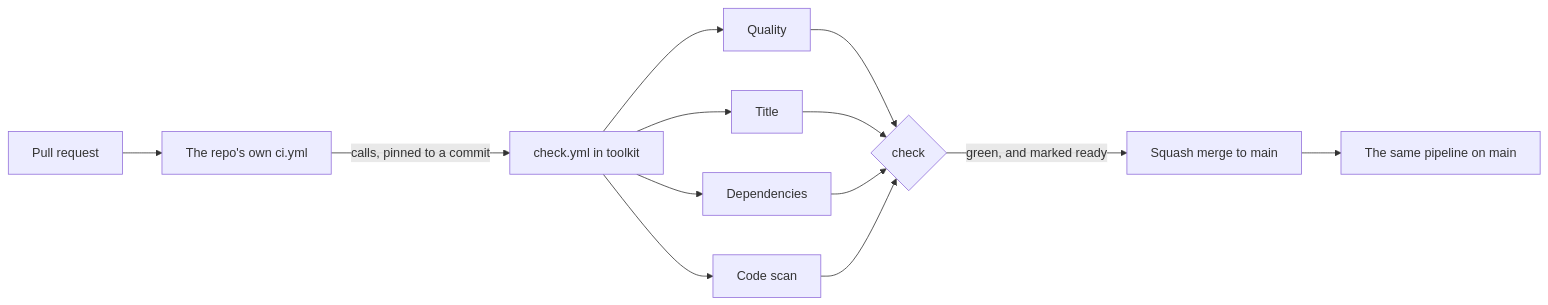
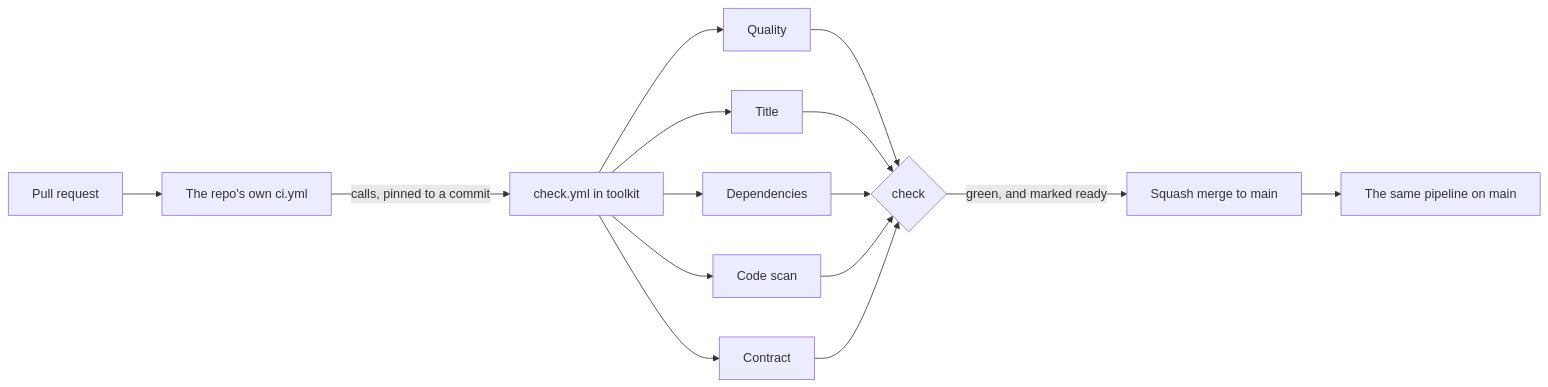
Before and after one commit to zigordev/toolkit: the diagram in docs/handbook/the-pipeline.md, drawn with Mermaid. The commit also changed other lines of this file and 10 other files, not shown here.

First line of the commit message:
feat(pipeline): hold a product's images to the contract

````diff
--- a/docs/handbook/the-pipeline.md
+++ b/docs/handbook/the-pipeline.md
@@ -29,15 +30,17 @@
 ```mermaid
 flowchart LR
   pr["Pull request"] --> caller["The repo's own ci.yml"]
   caller -->|"calls, pinned to a commit"| pipeline["check.yml in toolkit"]
   pipeline --> quality["Quality"]
   pipeline --> title["Title"]
   pipeline --> deps["Dependencies"]
   pipeline --> scan["Code scan"]
+  pipeline --> contract["Contract"]
   quality --> gate{check}
   title --> gate
   deps --> gate
   scan --> gate
+  contract --> gate
   gate -->|"green, and marked ready"| merge["Squash merge to main"]
   merge --> again["The same pipeline on main"]
 ```
````
